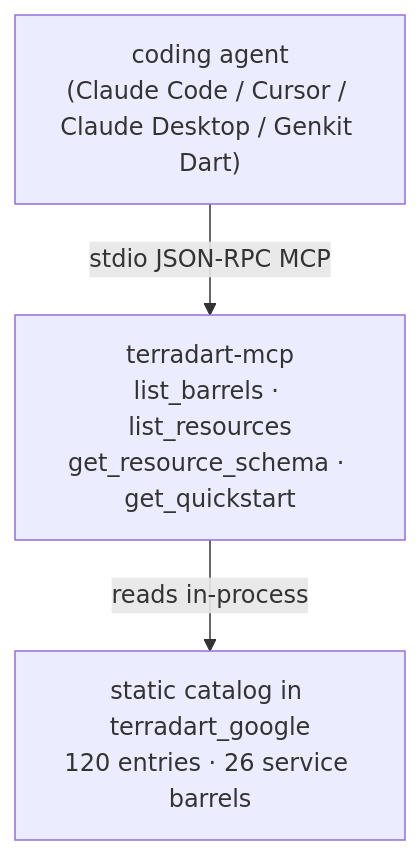
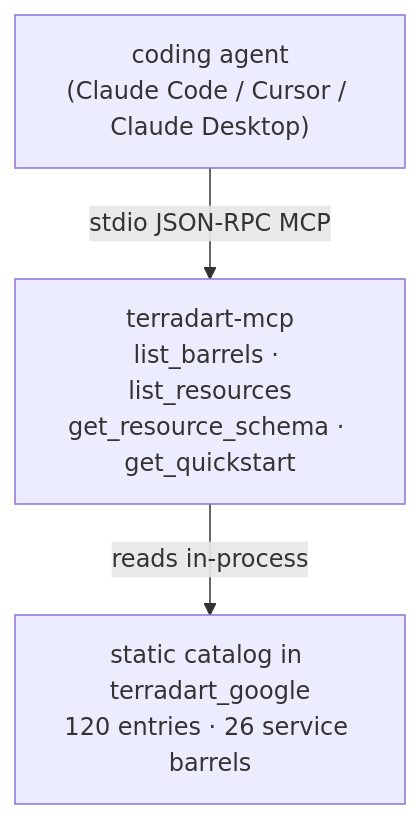
Before and after one commit to nozomi-koborinai/terradart: the diagram in website/src/content/docs/docs/agent/index.md, drawn with Mermaid. The commit also changed other lines of this file and 1 other file, not shown here.

Commit message:
docs: drop Genkit Dart from coding-agent diagram
Genkit Dart hosts terradart-mcp as an MCP client; it is not a coding agent.
Keep the Genkit setup on the clients page.

````diff
--- a/website/src/content/docs/docs/agent/index.md
+++ b/website/src/content/docs/docs/agent/index.md
@@ -12,8 +12,8 @@
 ```mermaid
 flowchart TB
-  agent["coding agent<br/>(Claude Code / Cursor / Claude Desktop / Genkit Dart)"]
+  agent["coding agent<br/>(Claude Code / Cursor / Claude Desktop)"]
   mcp["terradart-mcp<br/>list_barrels · list_resources<br/>get_resource_schema · get_quickstart"]
   catalog["static catalog in terradart_google<br/>120 entries · 26 service barrels"]
   agent -->|stdio JSON-RPC MCP| mcp
   mcp -->|reads in-process| catalog
 ```
````
